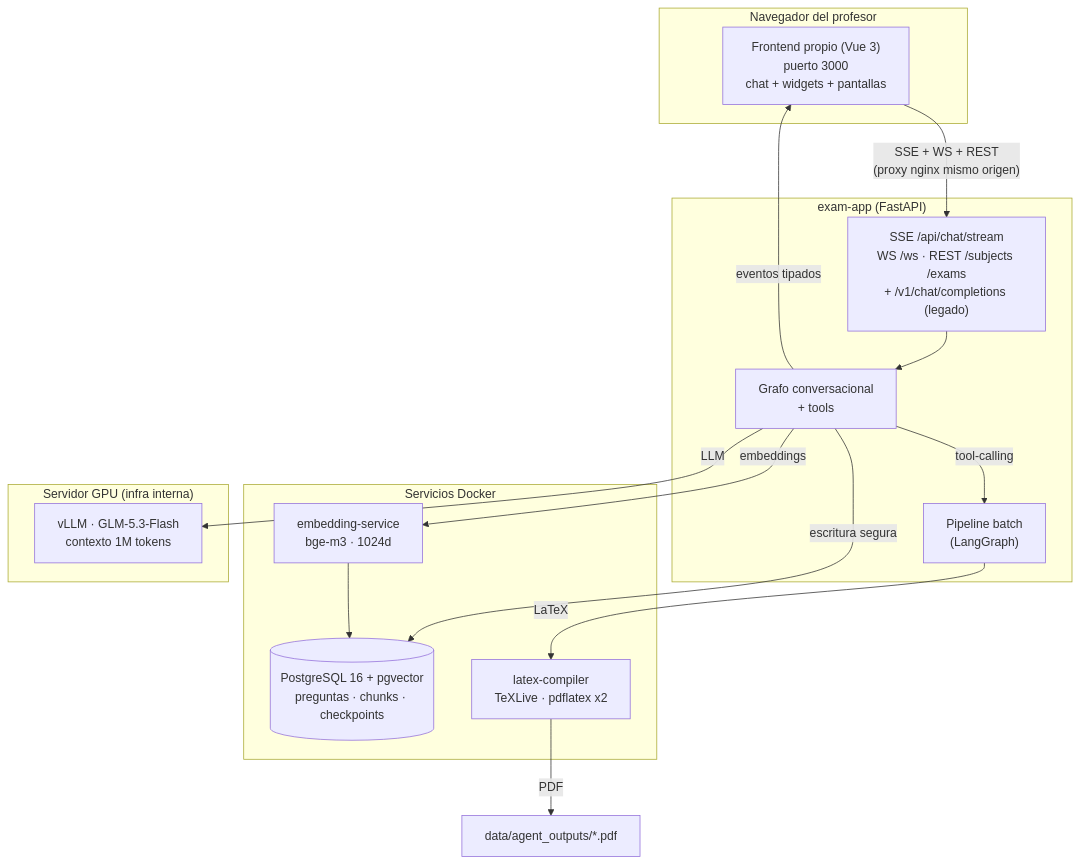
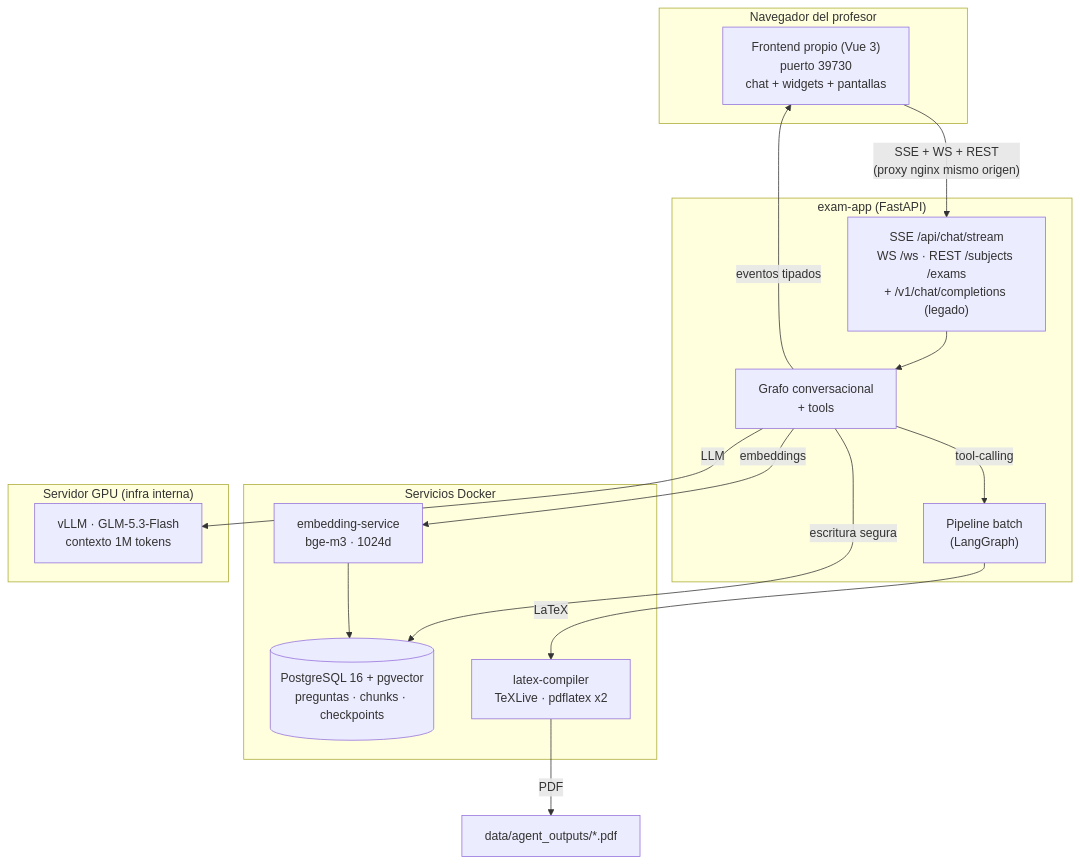
Before and after one commit to danilo-pilacuan/examgen-project: the first of 6 diagrams in docs/informe_avance.md, drawn with Mermaid. The commit also changed other lines of this file and 27 other files, not shown here.

````diff
--- a/docs/informe_avance.md
+++ b/docs/informe_avance.md
@@ -114,33 +114,33 @@
 ```mermaid
 graph TB
     subgraph "Navegador del profesor"
-        FE["Frontend propio (Vue 3)<br/>puerto 3000<br/>chat + widgets + pantallas"]
+        FE["Frontend propio (Vue 3)<br/>puerto 39730<br/>chat + widgets + pantallas"]
     end
 
     subgraph "exam-app (FastAPI)"
         API["SSE /api/chat/stream<br/>WS /ws · REST /subjects /exams<br/>+ /v1/chat/completions (legado)"]
         GRAF["Grafo conversacional<br/>+ tools"]
         PIPE["Pipeline batch<br/>(LangGraph)"]
     end
 
     subgraph "Servicios Docker"
         PG[("PostgreSQL 16 + pgvector<br/>preguntas · chunks · checkpoints")]
         EMB["embedding-service<br/>bge-m3 · 1024d"]
         LC["latex-compiler<br/>TeXLive · pdflatex x2"]
     end
 
     subgraph "Servidor GPU (infra interna)"
         VLLM["vLLM · GLM-5.3-Flash<br/>contexto 1M tokens"]
     end
 
     FE -->|"SSE + WS + REST<br/>(proxy nginx mismo origen)"| API
     API --> GRAF
     GRAF -->|"tool-calling"| PIPE
     GRAF -->|"LLM"| VLLM
     GRAF -->|"escritura segura"| PG
     GRAF -->|"embeddings"| EMB
     EMB --> PG
     PIPE -->|"LaTeX"| LC
     LC -->|"PDF"| OUT["data/agent_outputs/*.pdf"]
     GRAF -->|"eventos tipados"| FE
 ```
````
